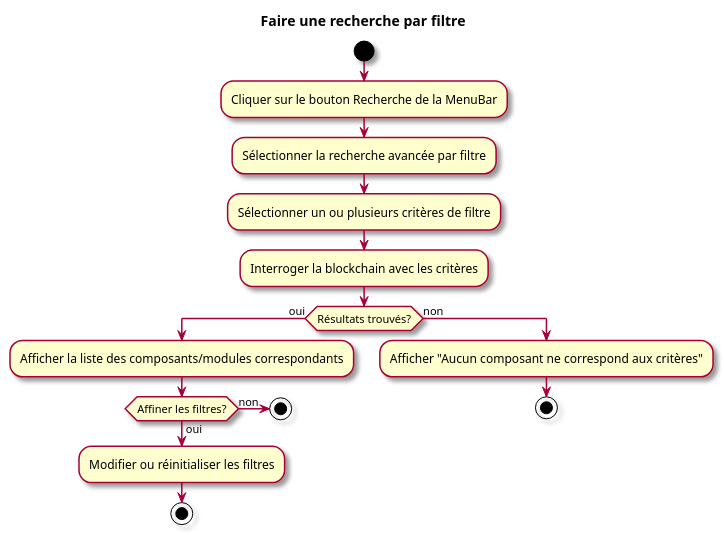
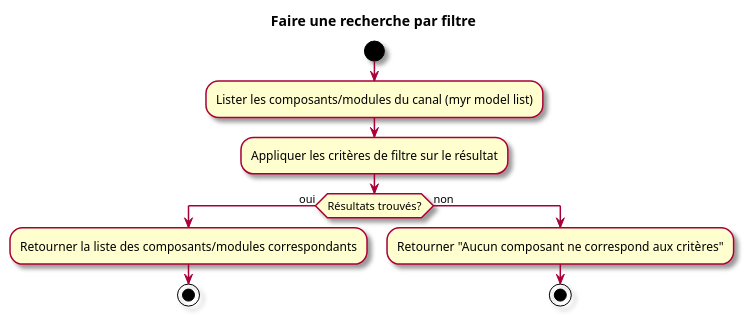
The second of 2 diagrams in specs/1-Expression/UCCL-Composant_Lecture/UCCL01.md (olivaux/myr), drawn with PlantUML before and after one commit. The commit also changed other lines of this file and 65 other files, not shown here.

````diff
--- a/specs/1-Expression/UCCL-Composant_Lecture/UCCL01.md
+++ b/specs/1-Expression/UCCL-Composant_Lecture/UCCL01.md
@@ -62,23 +62,16 @@
 ```plantuml
 @startuml
 skin rose
 title Faire une recherche par filtre
 start
-:Cliquer sur le bouton Recherche de la MenuBar;
-:Sélectionner la recherche avancée par filtre;
-:Sélectionner un ou plusieurs critères de filtre;
-:Interroger la blockchain avec les critères;
+:Lister les composants/modules du canal (myr model list);
+:Appliquer les critères de filtre sur le résultat;
 if (Résultats trouvés?) then (oui)
-  :Afficher la liste des composants/modules correspondants;
-  if (Affiner les filtres?) then (oui)
-    :Modifier ou réinitialiser les filtres;
-    stop
-  else (non)
-    stop
-  endif
+  :Retourner la liste des composants/modules correspondants;
+  stop
 else (non)
-  :Afficher "Aucun composant ne correspond aux critères";
+  :Retourner "Aucun composant ne correspond aux critères";
   stop
 endif
 @enduml
 ```
````
